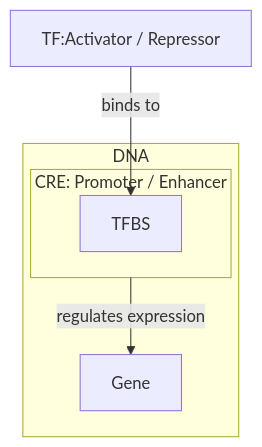
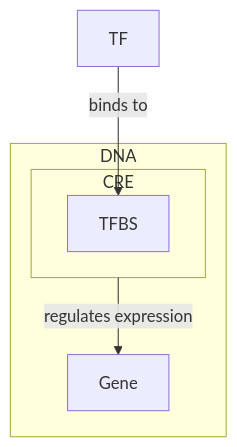
One commit to Yongsik-Lee/marl changed the diagram in _posts/2025-04-28-20205266.md. Above: the diagram before and after it, drawn with Mermaid.

```diff
--- a/_posts/2025-04-28-20205266.md
+++ b/_posts/2025-04-28-20205266.md
@@ -79,15 +79,15 @@
 {% mermaid %}
 graph TD
   
-  subgraph CRE["CRE: Promoter / Enhancer"]
+  subgraph CRE["CRE"]
         TFBS["TFBS"]
   end
   
   subgraph DNA["DNA"]
         Gene["Gene"]
         CRE
   end
-    TF["TF:Activator / Repressor"] -- binds to --> TFBS
+    TF["TF"] -- binds to --> TFBS
     CRE -- regulates expression --> Gene
 
 {% endmermaid %}
```
